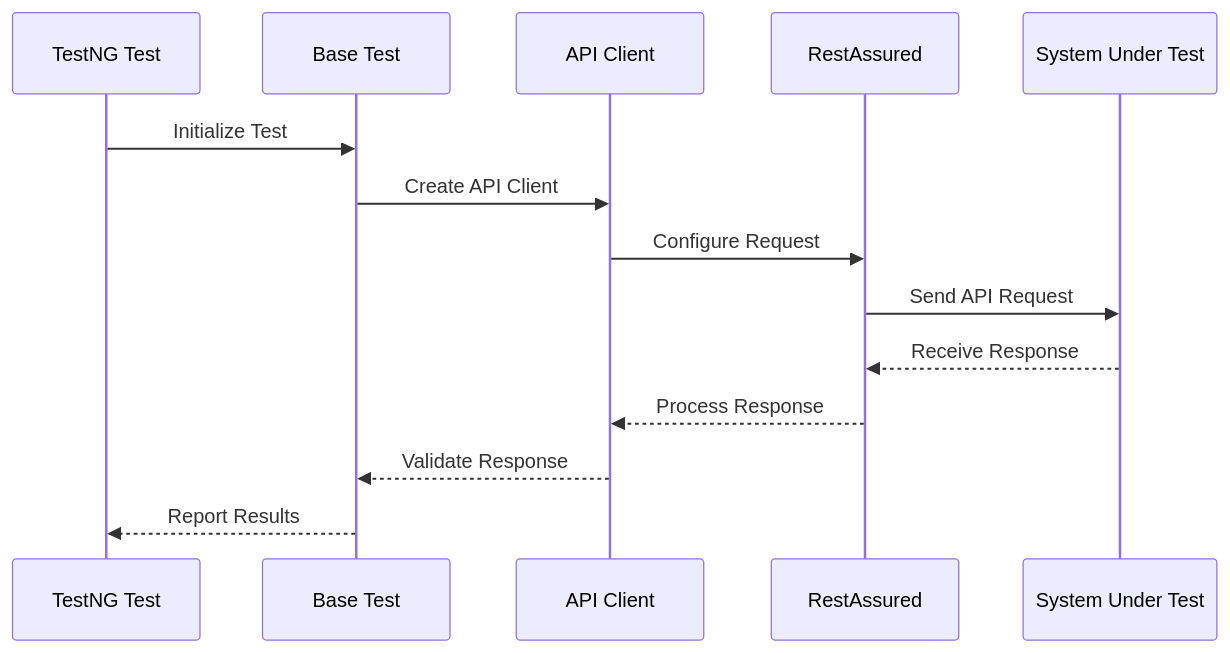
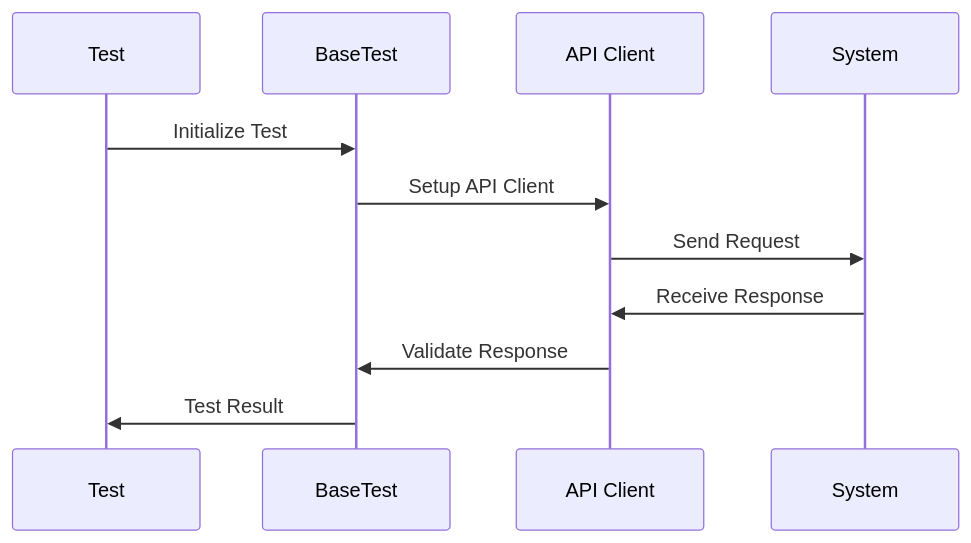
One commit to yogeshwankhede007/eReservations changed the second of 3 diagrams in README.md. Above: the diagram before and after it, drawn with Mermaid. The commit also changed other lines of this file and 1 other file, not shown here.

Commit message:
refactor: Remove screenshot functionality and update documentation - Remove screenshots directory and related code - Update README with accurate project structure - Clean up BaseBookingTest class

````diff
--- a/README.md
+++ b/README.md
@@ -85,17 +75,14 @@
 ```mermaid
 sequenceDiagram
-    participant T as TestNG Test
-    participant B as Base Test
+    participant T as Test
+    participant B as BaseTest
     participant A as API Client
-    participant R as RestAssured
-    participant S as System Under Test
-
+    participant S as System
+    
     T->>B: Initialize Test
-    B->>A: Create API Client
-    A->>R: Configure Request
-    R->>S: Send API Request
-    S-->>R: Receive Response
-    R-->>A: Process Response
-    A-->>B: Validate Response
-    B-->>T: Report Results
+    B->>A: Setup API Client
+    A->>S: Send Request
+    S->>A: Receive Response
+    A->>B: Validate Response
+    B->>T: Test Result
 ```
````
